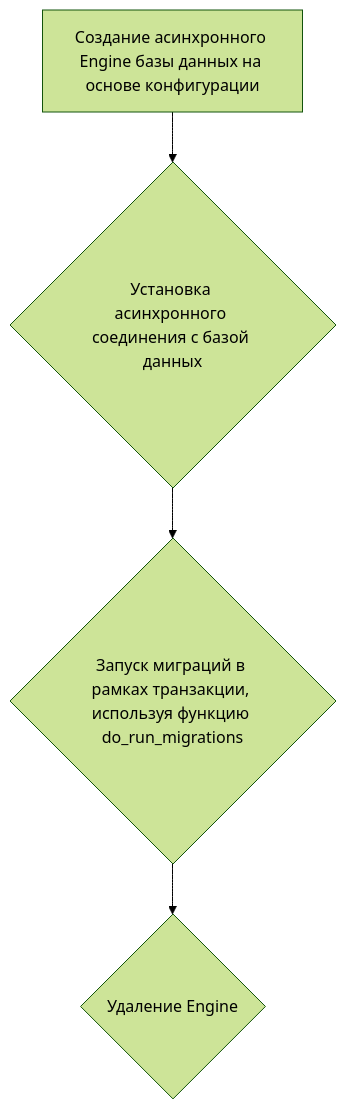
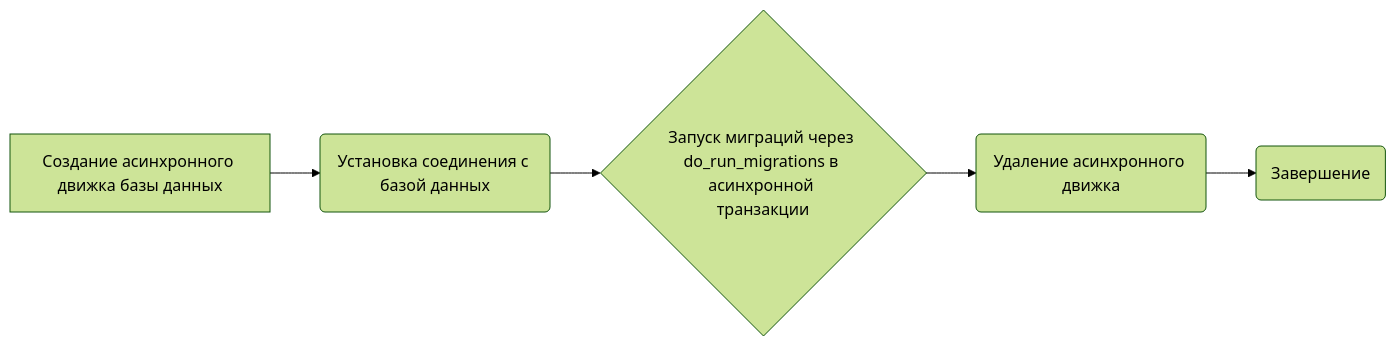
The third of 4 diagrams in docs/gemini/ru/doc/src/endpoints/bots/telegram/digital_market/bot/migration/env.py.md (hypo69/hypo), drawn with Mermaid (forest theme) before and after one commit. The commit also changed other lines of this file and 551 other files, not shown here.

````diff
--- a/docs/gemini/ru/doc/src/endpoints/bots/telegram/digital_market/bot/migration/env.py.md
+++ b/docs/gemini/ru/doc/src/endpoints/bots/telegram/digital_market/bot/migration/env.py.md
@@ -95,6 +123,7 @@
 ```mermaid
-graph TD
-    A[Создание асинхронного Engine базы данных на основе конфигурации] --> B{Установка асинхронного соединения с базой данных};
-    B --> C{Запуск миграций в рамках транзакции, используя функцию do_run_migrations};
-    C --> D{Удаление Engine};
+graph LR
+    A[Создание асинхронного движка базы данных] --> B(Установка соединения с базой данных)
+    B --> C{Запуск миграций через do_run_migrations в асинхронной транзакции}
+    C --> D(Удаление асинхронного движка)
+    D --> E(Завершение)
 ```
````
